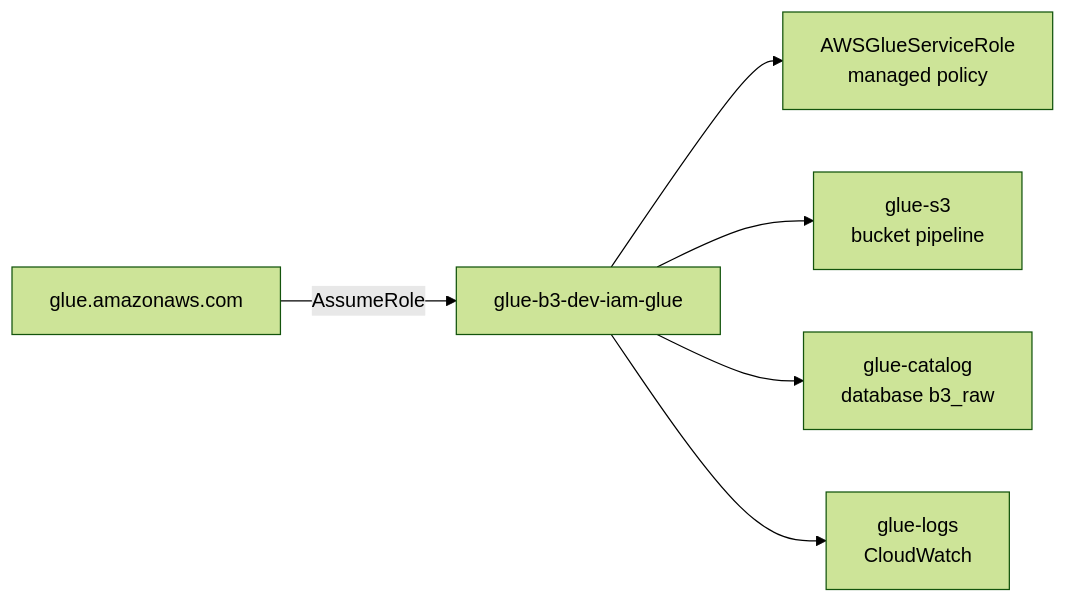
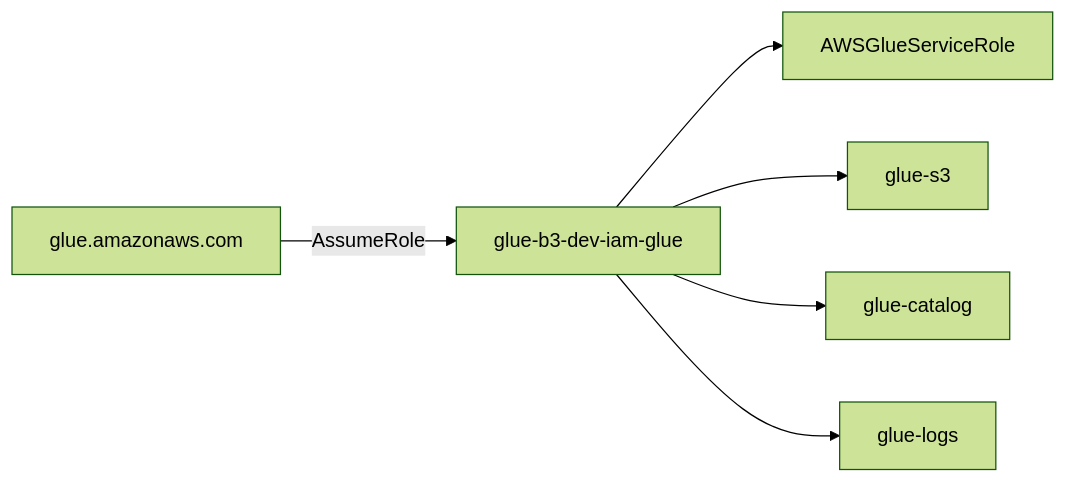
One commit to welligtoncos/bike-sharing-forecast-aws changed the third of 3 diagrams in docs/architecture.md. Above: the diagram before and after it, drawn with Mermaid (forest theme). The commit also changed other lines of this file and 1 other file, not shown here.

First line of the commit message:
docs: atualizar diagramas de arquitetura com Sprint 2

````diff
--- a/docs/architecture.md
+++ b/docs/architecture.md
@@ -83,9 +104,9 @@
 ```mermaid
 flowchart LR
     GLUE[glue.amazonaws.com] -->|AssumeRole| ROLE[glue-b3-dev-iam-glue]
 
-    ROLE --> P1[AWSGlueServiceRole<br/>managed policy]
-    ROLE --> P2[glue-s3<br/>bucket pipeline]
-    ROLE --> P3[glue-catalog<br/>database b3_raw]
-    ROLE --> P4[glue-logs<br/>CloudWatch]
+    ROLE --> P1[AWSGlueServiceRole]
+    ROLE --> P2[glue-s3]
+    ROLE --> P3[glue-catalog]
+    ROLE --> P4[glue-logs]
 ```
````
